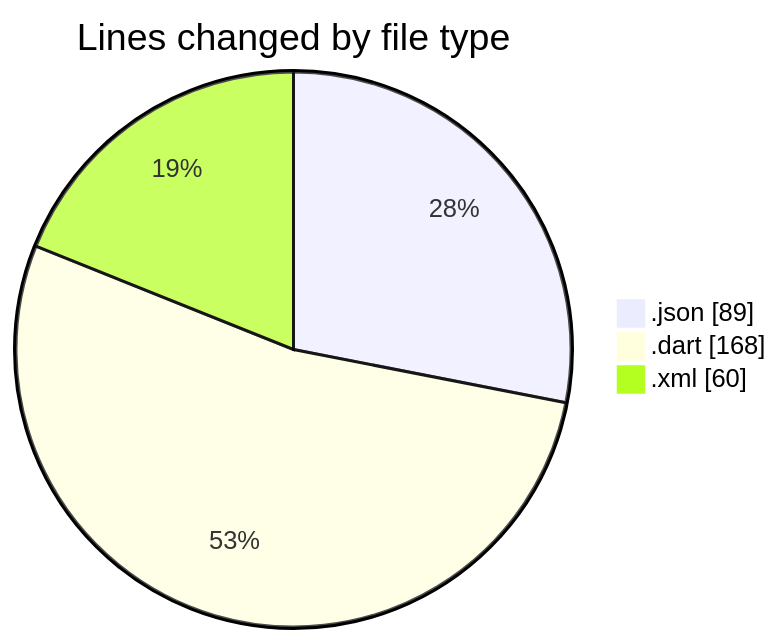
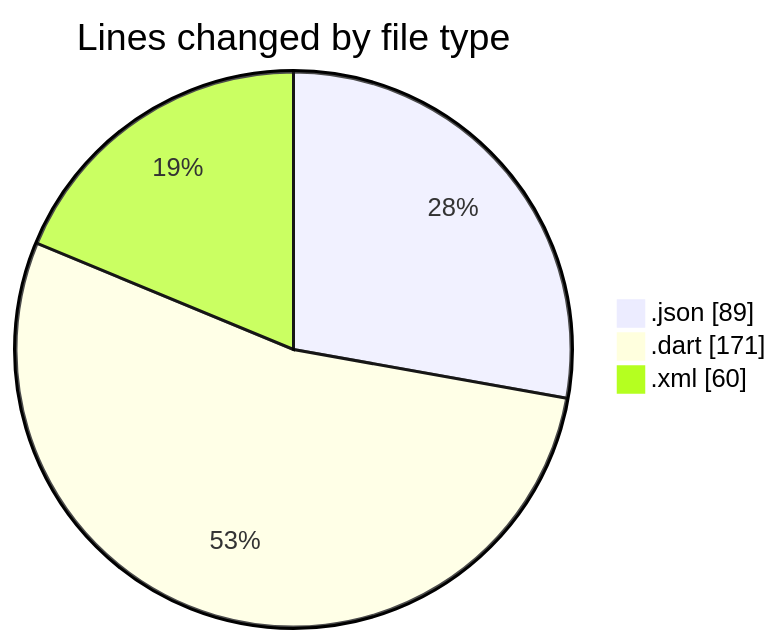
The first of 2 diagrams in 2025-01-08/maps_clone/README.md (donsfak/code-tracking), drawn with Mermaid before and after one commit. The commit also changed other lines of this file and 1 other file, not shown here.

````diff
--- a/2025-01-08/maps_clone/README.md
+++ b/2025-01-08/maps_clone/README.md
@@ -23,7 +23,7 @@
 ```mermaid
 pie showData
 title Lines changed by file type
 ".json" : 89
-".dart" : 168
+".dart" : 171
 ".xml" : 60
 ```
````
